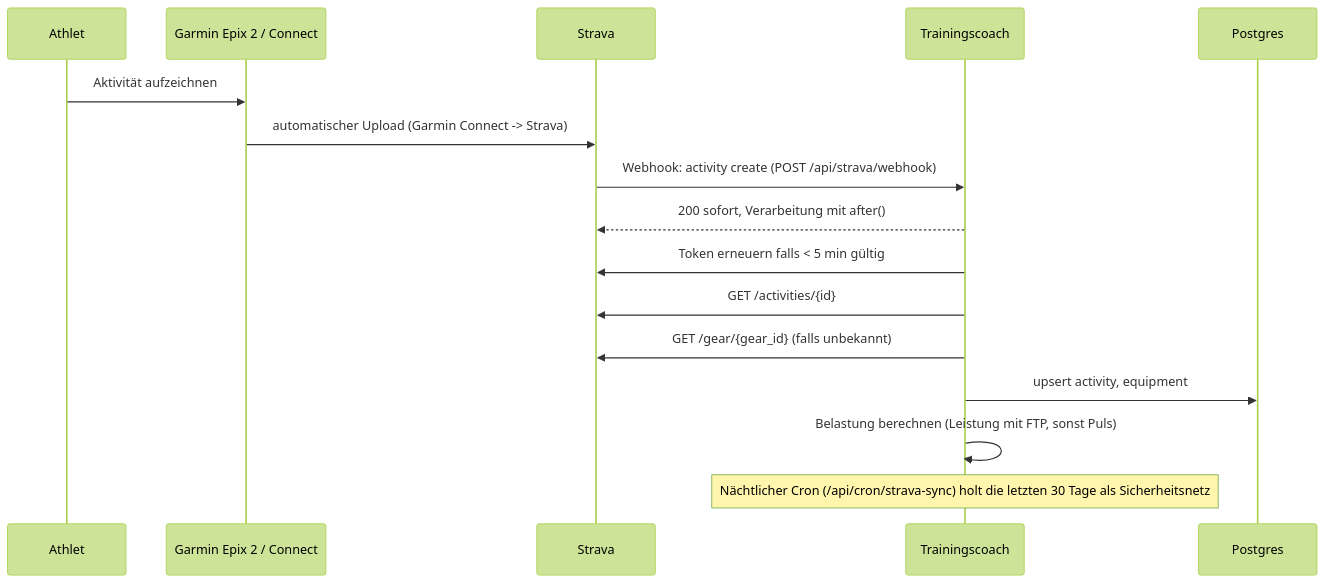
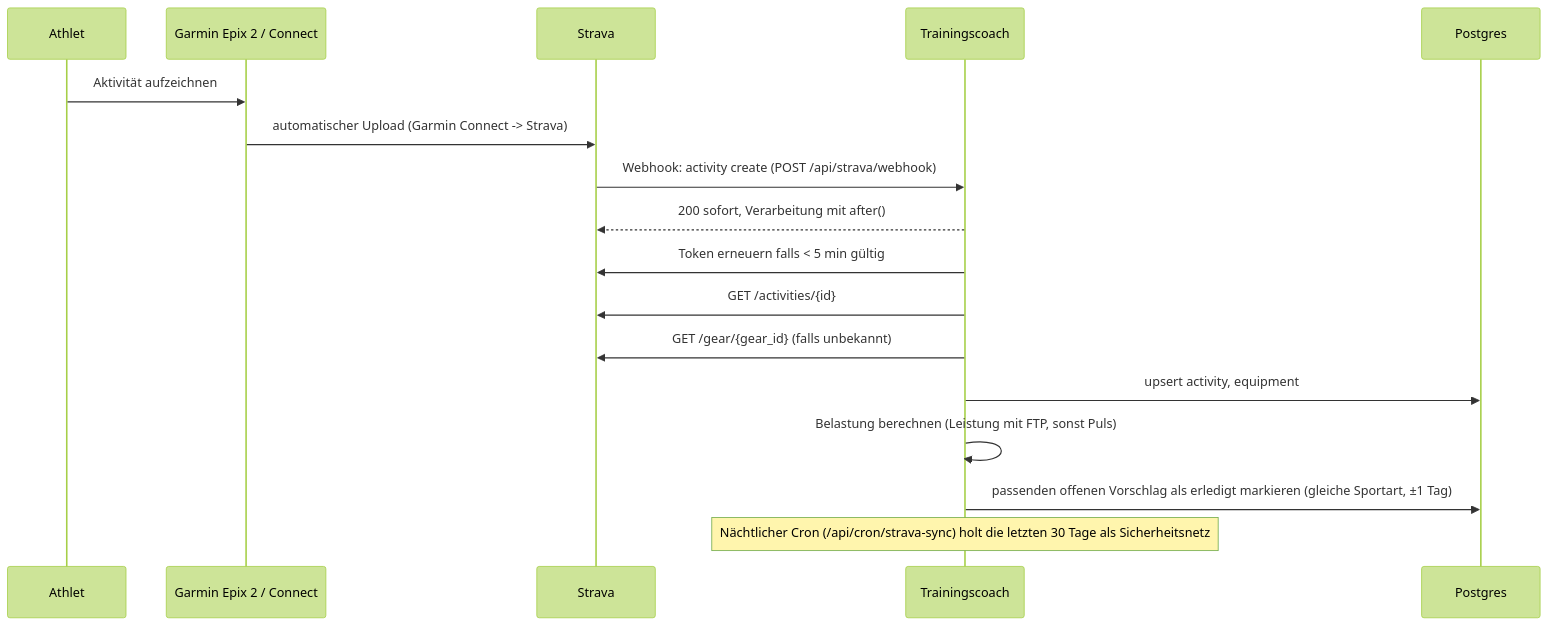
Before and after one commit to NeuhausD/trainingscoach: the fourth of 7 diagrams in docs/02-architektur.md, drawn with Mermaid (forest theme). The commit also changed other lines of this file and 14 other files, not shown here.

````diff
--- a/docs/02-architektur.md
+++ b/docs/02-architektur.md
@@ -139,18 +139,19 @@
 ```mermaid
 sequenceDiagram
     participant U as Athlet
     participant G as Garmin Epix 2 / Connect
     participant S as Strava
     participant A as Trainingscoach
     participant DB as Postgres
     U->>G: Aktivität aufzeichnen
     G->>S: automatischer Upload (Garmin Connect -> Strava)
     S->>A: Webhook: activity create (POST /api/strava/webhook)
     A-->>S: 200 sofort, Verarbeitung mit after()
     A->>S: Token erneuern falls < 5 min gültig
     A->>S: GET /activities/{id}
     A->>S: GET /gear/{gear_id} (falls unbekannt)
     A->>DB: upsert activity, equipment
     A->>A: Belastung berechnen (Leistung mit FTP, sonst Puls)
+    A->>DB: passenden offenen Vorschlag als erledigt markieren (gleiche Sportart, ±1 Tag)
     Note over A: Nächtlicher Cron (/api/cron/strava-sync) holt die letzten 30 Tage als Sicherheitsnetz
 ```
````
